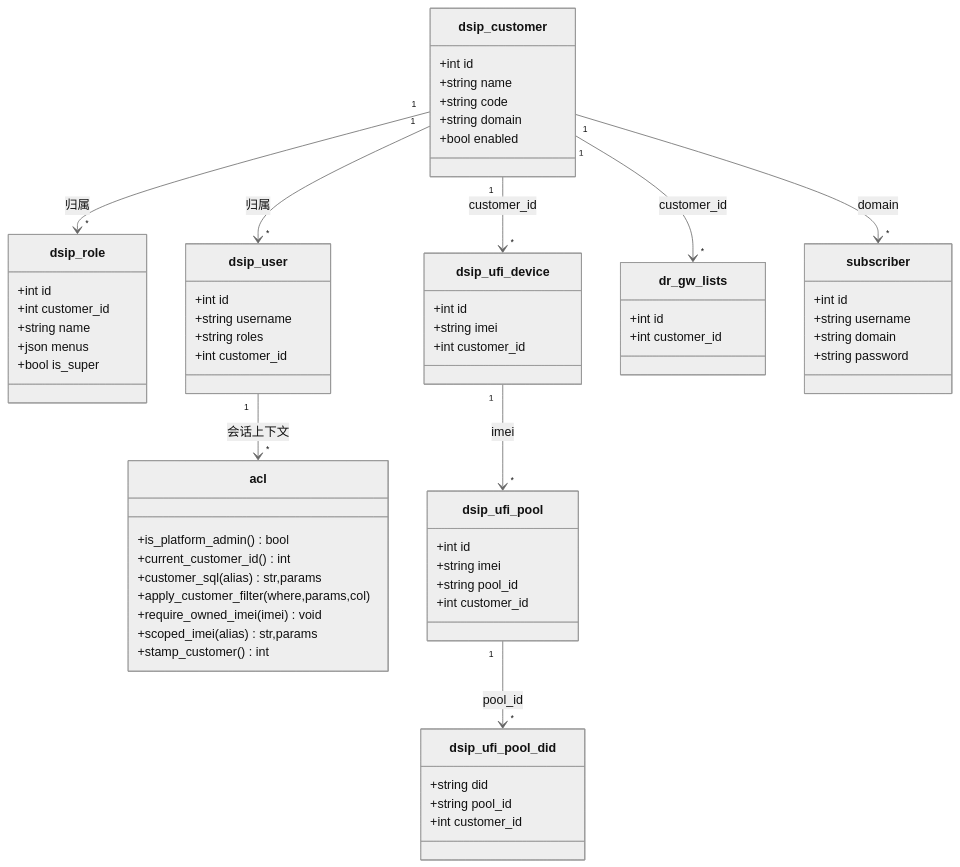
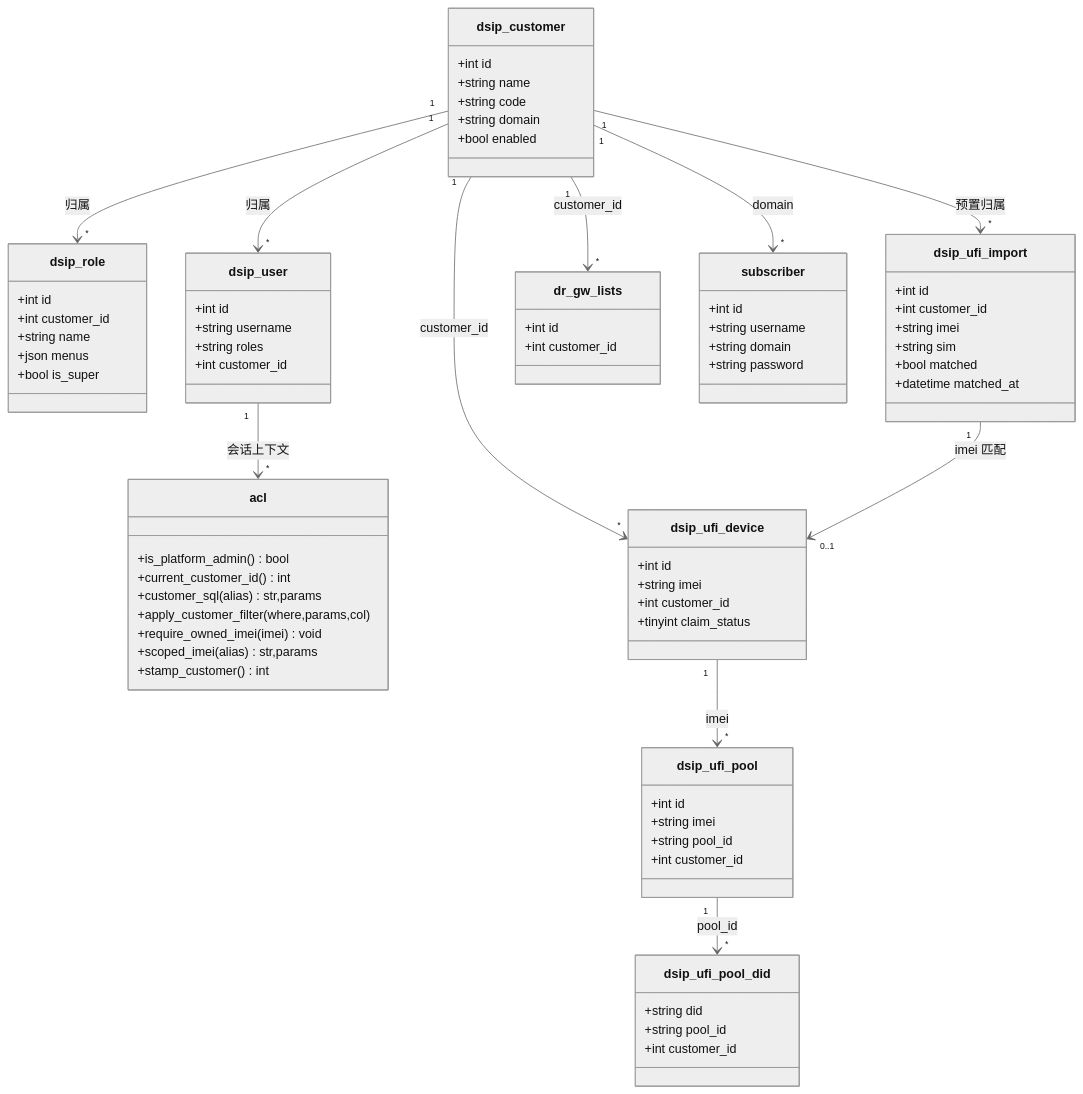
One commit to neo0591/dsiprouter changed the diagram in docs/class-diagram.mermaid. Above: the diagram before and after it, drawn with Mermaid (neutral theme). The commit also changed 41 other files, not shown here.

First line of the commit message:
Add multi-tenant ACL claim flow and harden UFI SMS international dialing.

```diff
--- a/docs/class-diagram.mermaid
+++ b/docs/class-diagram.mermaid
@@ -1,64 +1,75 @@
 classDiagram
     class dsip_customer {
         +int id
         +string name
         +string code
         +string domain
         +bool enabled
     }
     class dsip_role {
         +int id
         +int customer_id
         +string name
         +json menus
         +bool is_super
     }
     class dsip_user {
         +int id
         +string username
         +string roles
         +int customer_id
     }
     class acl {
         +is_platform_admin() bool
         +current_customer_id() int
         +customer_sql(alias) str,params
         +apply_customer_filter(where,params,col)
         +require_owned_imei(imei) void
         +scoped_imei(alias) str,params
         +stamp_customer() int
     }
     class dsip_ufi_device {
         +int id
         +string imei
         +int customer_id
+        +tinyint claim_status
+    }
+    class dsip_ufi_import {
+        +int id
+        +int customer_id
+        +string imei
+        +string sim
+        +bool matched
+        +datetime matched_at
     }
     class dsip_ufi_pool {
         +int id
         +string imei
         +string pool_id
         +int customer_id
     }
     class dsip_ufi_pool_did {
         +string did
         +string pool_id
         +int customer_id
     }
     class dr_gw_lists {
         +int id
         +int customer_id
     }
     class subscriber {
         +int id
         +string username
         +string domain
         +string password
     }
     dsip_customer "1" --> "*" dsip_user : 归属
     dsip_customer "1" --> "*" dsip_role : 归属
     dsip_user "1" --> "*" acl : 会话上下文
     dsip_customer "1" --> "*" dsip_ufi_device : customer_id
     dsip_ufi_device "1" --> "*" dsip_ufi_pool : imei
     dsip_ufi_pool "1" --> "*" dsip_ufi_pool_did : pool_id
     dsip_customer "1" --> "*" dr_gw_lists : customer_id
     dsip_customer "1" --> "*" subscriber : domain
+    dsip_customer "1" --> "*" dsip_ufi_import : 预置归属
+    dsip_ufi_import "1" --> "0..1" dsip_ufi_device : imei 匹配
```
